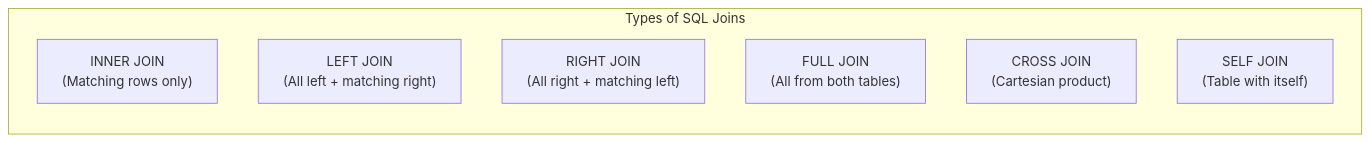
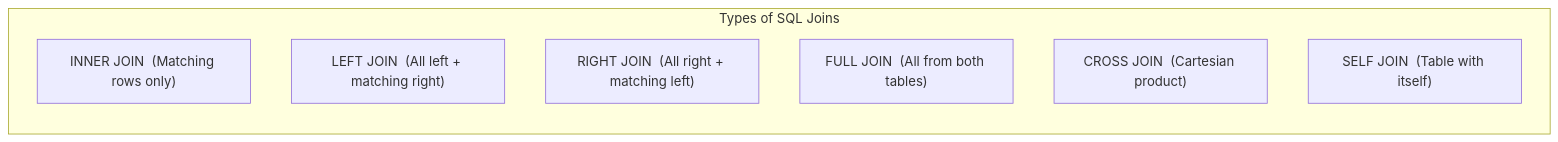
One commit to pentoshi007/prep changed the second of 2 diagrams in SQL/readme.md. Above: the diagram before and after it, drawn with Mermaid. The commit also changed other lines of this file, not shown here.

Commit message:
Update SQL readme.md

````diff
--- a/SQL/readme.md
+++ b/SQL/readme.md
@@ -615,11 +615,11 @@
 ```mermaid
 flowchart LR
     subgraph JOINS["Types of SQL Joins"]
-        INNER["INNER JOIN\n(Matching rows only)"]
-        LEFT["LEFT JOIN\n(All left + matching right)"]
-        RIGHT["RIGHT JOIN\n(All right + matching left)"]
-        FULL["FULL JOIN\n(All from both tables)"]
-        CROSS["CROSS JOIN\n(Cartesian product)"]
-        SELF["SELF JOIN\n(Table with itself)"]
+        INNER["INNER JOIN  (Matching rows only)"]
+        LEFT["LEFT JOIN  (All left + matching right)"]
+        RIGHT["RIGHT JOIN  (All right + matching left)"]
+        FULL["FULL JOIN  (All from both tables)"]
+        CROSS["CROSS JOIN  (Cartesian product)"]
+        SELF["SELF JOIN  (Table with itself)"]
     end
 ```
````
